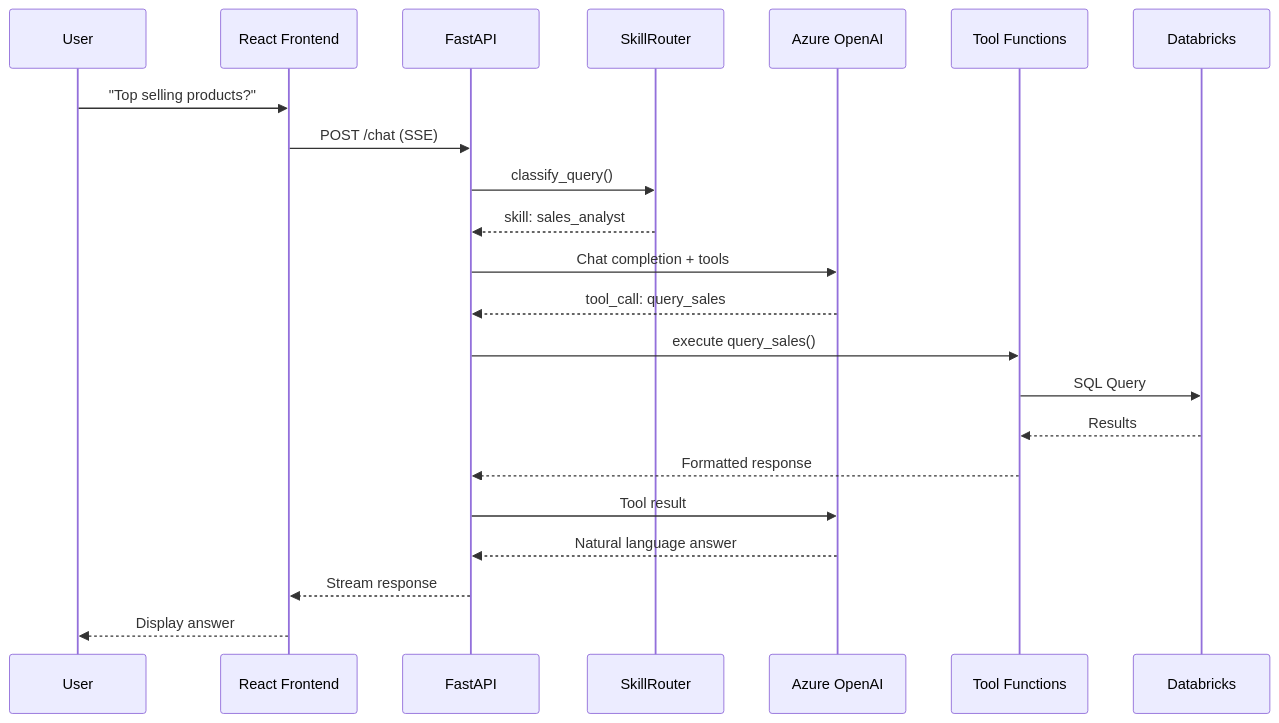
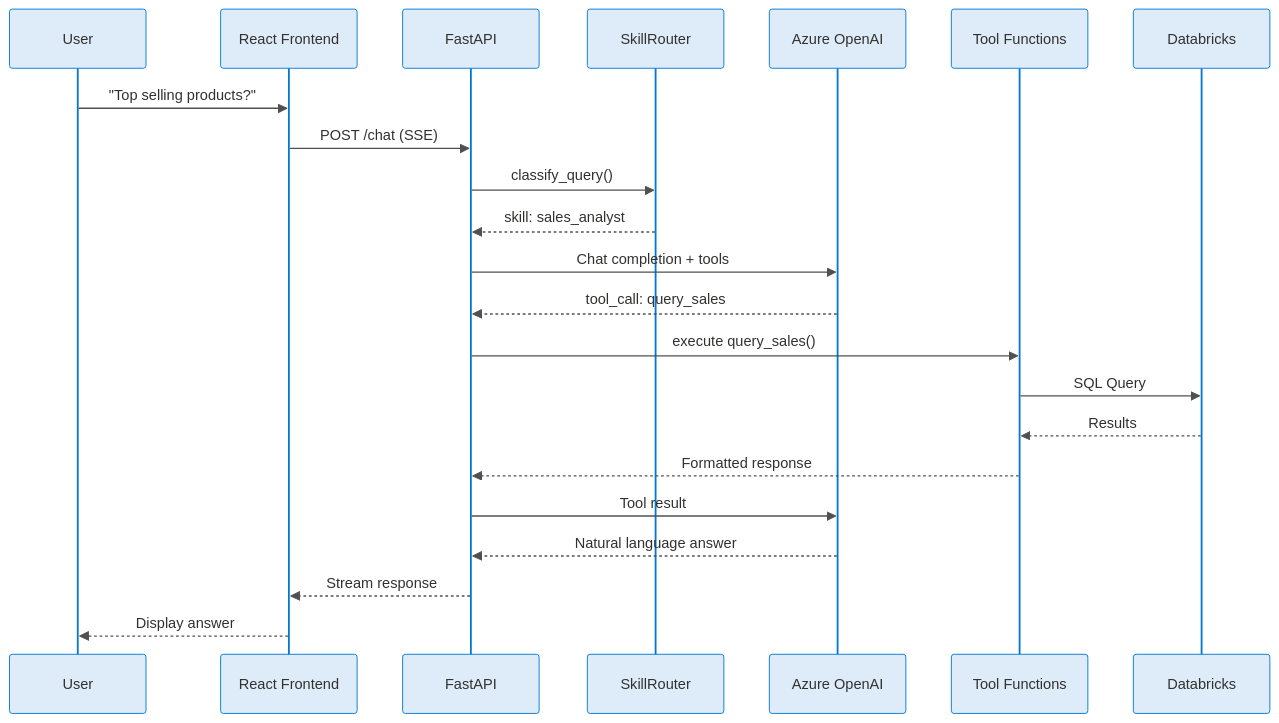
The second of 5 diagrams in README.md (blanskiy/stihl-agent-ui), drawn with Mermaid before and after one commit. The commit also changed other lines of this file, not shown here.

First line of the commit message:
Revise diagrams and update last modified date

````diff
--- a/README.md
+++ b/README.md
@@ -99,25 +113,26 @@
 ```mermaid
+%%{init: {'theme': 'base', 'themeVariables': { 'primaryColor': '#0078D4', 'primaryTextColor': '#ffffff', 'primaryBorderColor': '#0078D4', 'lineColor': '#505050', 'secondaryColor': '#E8E8E8', 'tertiaryColor': '#F3F2F1', 'fontFamily': 'Segoe UI, sans-serif', 'actorTextColor': '#323130', 'actorBkg': '#DEECF9', 'actorBorder': '#0078D4', 'signalColor': '#505050', 'signalTextColor': '#323130'}}}%%
 sequenceDiagram
     participant U as User
     participant FE as React Frontend
     participant API as FastAPI
     participant SR as SkillRouter
     participant AOAI as Azure OpenAI
     participant Tools as Tool Functions
     participant DB as Databricks
 
     U->>FE: "Top selling products?"
     FE->>API: POST /chat (SSE)
     API->>SR: classify_query()
     SR-->>API: skill: sales_analyst
     API->>AOAI: Chat completion + tools
     AOAI-->>API: tool_call: query_sales
     API->>Tools: execute query_sales()
     Tools->>DB: SQL Query
     DB-->>Tools: Results
     Tools-->>API: Formatted response
     API->>AOAI: Tool result
     AOAI-->>API: Natural language answer
     API-->>FE: Stream response
     FE-->>U: Display answer
 ```
````
